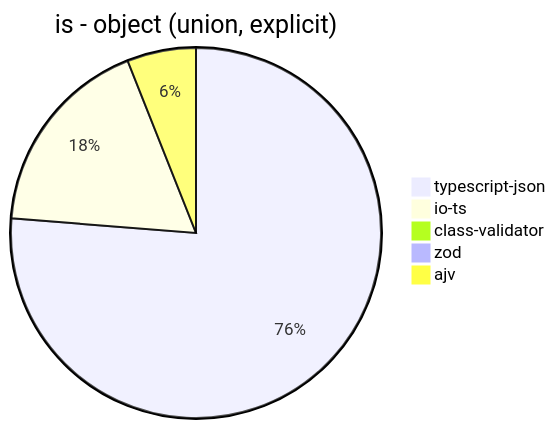
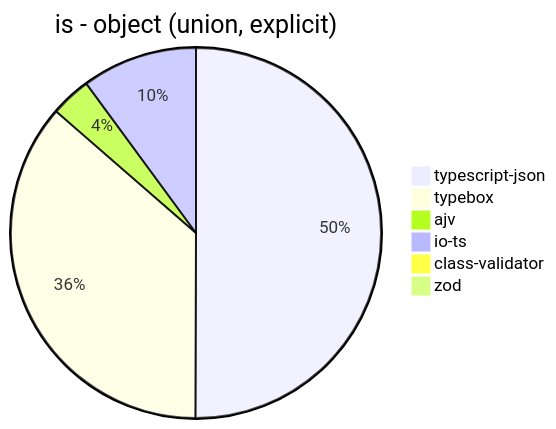
One commit to samchon/typia changed the third of 39 diagrams in benchmark/results/11th Gen Intel(R) Core(TM) i5-1135G7 @ 2.40GHz.md. Above: the diagram before and after it, drawn with Mermaid. The commit also changed other lines of this file and 16 other files, not shown here.

````diff
--- a/benchmark/results/11th Gen Intel(R) Core(TM) i5-1135G7 @ 2.40GHz.md
+++ b/benchmark/results/11th Gen Intel(R) Core(TM) i5-1135G7 @ 2.40GHz.md
@@ -41,8 +43,9 @@
 ```mermaid
 pie title is - object (union, explicit)
-  "typescript-json": 13912.822375590265
-  "io-ts": 3233.235077376566
-  "class-validator": 16.473569876900797
-  "zod": 34.20256991685563
-  "ajv": 1097.1593993124661
+  "typescript-json": 15859.748072946042
+  "typebox": 11516.663631396832
+  "ajv": 1117.5094475436385
+  "io-ts": 3193.8794209272496
+  "class-validator": 16.305354826755604
+  "zod": 32.13003213003213
 ```
````
